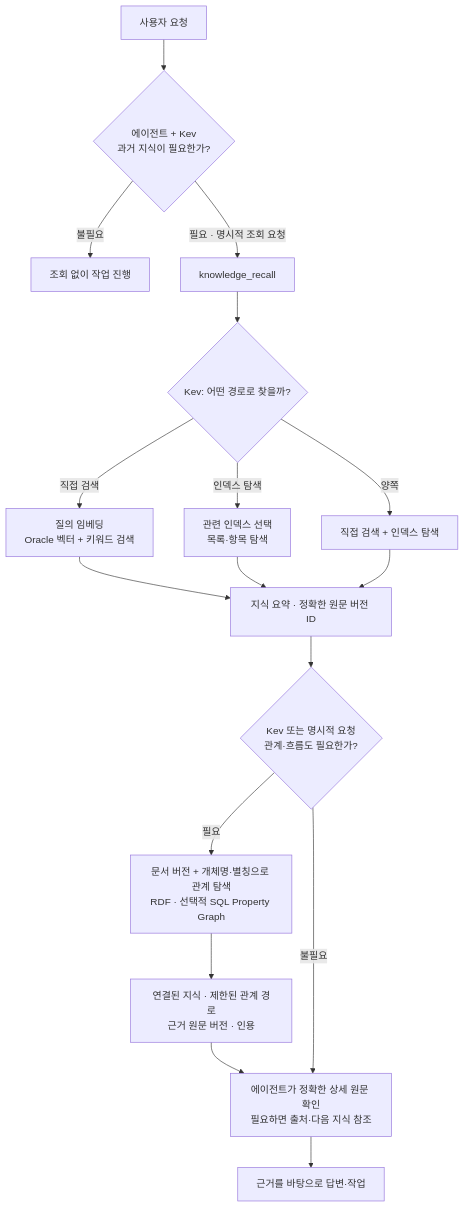
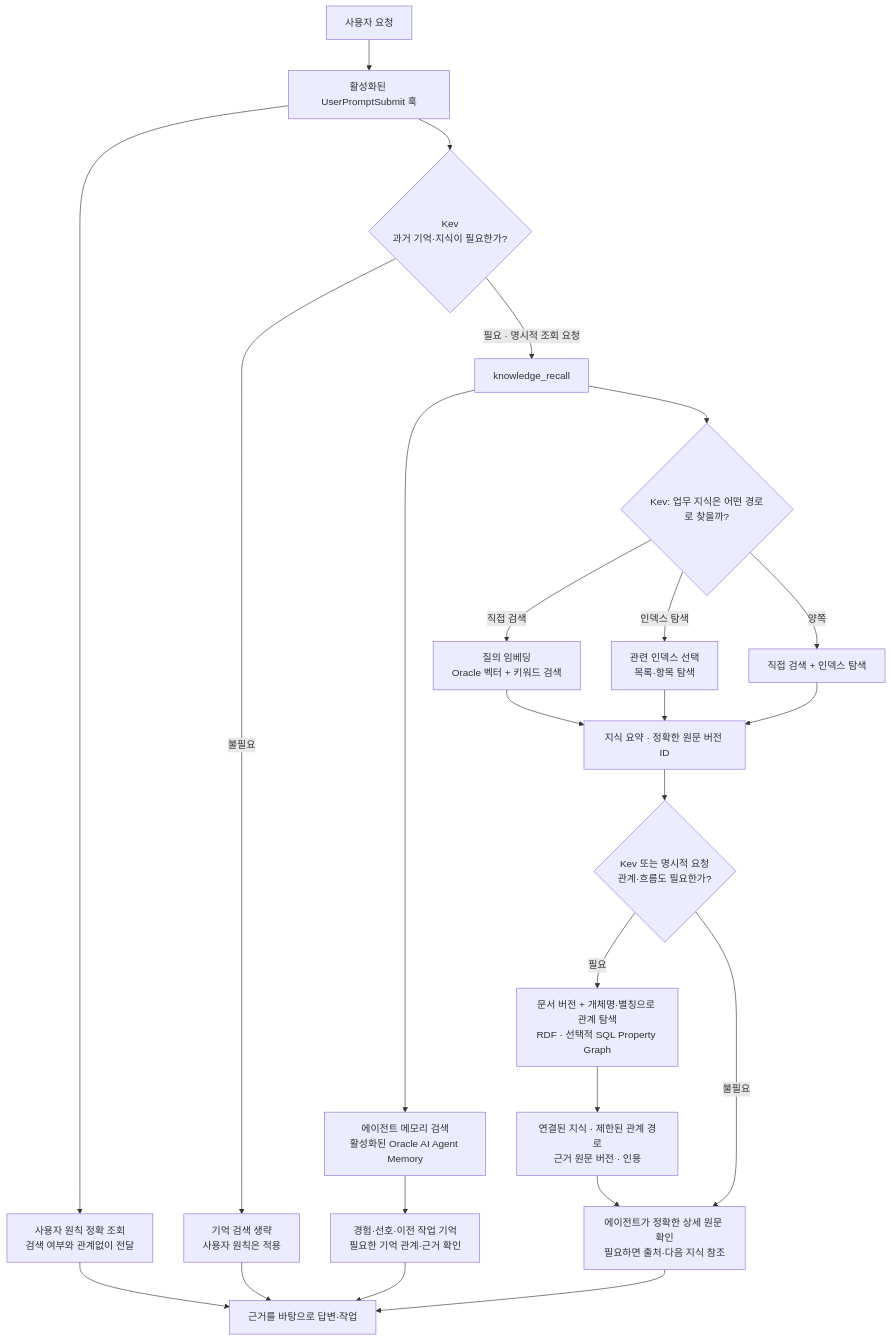
One commit to devmrko/adb-agent-knowledge changed the first of 3 diagrams in README.md. Above: the diagram before and after it, drawn with Mermaid. The commit also changed other lines of this file and 2 other files, not shown here.

Commit message:
docs: align workflows with principles agent memory and business knowledge

````diff
--- a/README.md
+++ b/README.md
@@ -76,19 +76,26 @@
 ```mermaid
 flowchart TD
-    Request["사용자 요청"] --> Need{"에이전트 + Kev<br/>과거 지식이 필요한가?"}
-    Need -->|불필요| Continue["조회 없이 작업 진행"]
+    Request["사용자 요청"] --> Hook["활성화된 UserPromptSubmit 훅"]
+    Hook --> Principles["사용자 원칙 정확 조회<br/>검색 여부와 관계없이 전달"]
+    Hook --> Need{"Kev<br/>과거 기억·지식이 필요한가?"}
+    Need -->|불필요| Continue["기억 검색 생략<br/>사용자 원칙은 적용"]
+    Principles --> Answer
+    Continue --> Answer
     Need -->|필요 · 명시적 조회 요청| Recall["knowledge_recall"]
-    Recall --> Route{"Kev: 어떤 경로로 찾을까?"}
+    Recall --> Memory["에이전트 메모리 검색<br/>활성화된 Oracle AI Agent Memory"]
+    Memory --> MemoryEvidence["경험·선호·이전 작업 기억<br/>필요한 기억 관계·근거 확인"]
+    MemoryEvidence --> Answer
+    Recall --> Route{"Kev: 업무 지식은 어떤 경로로 찾을까?"}
     Route -->|직접 검색| Search["질의 임베딩<br/>Oracle 벡터 + 키워드 검색"]
     Route -->|인덱스 탐색| Index["관련 인덱스 선택<br/>목록·항목 탐색"]
     Route -->|양쪽| Both["직접 검색 + 인덱스 탐색"]
     Search --> Preview["지식 요약 · 정확한 원문 버전 ID"]
     Index --> Preview
     Both --> Preview
     Preview --> GraphNeed{"Kev 또는 명시적 요청<br/>관계·흐름도 필요한가?"}
     GraphNeed -->|필요| Graph["문서 버전 + 개체명·별칭으로 관계 탐색<br/>RDF · 선택적 SQL Property Graph"]
     Graph --> Evidence["연결된 지식 · 제한된 관계 경로<br/>근거 원문 버전 · 인용"]
     Evidence --> Read["에이전트가 정확한 상세 원문 확인<br/>필요하면 출처·다음 지식 참조"]
     GraphNeed -->|불필요| Read
     Read --> Answer["근거를 바탕으로 답변·작업"]
 ```
````
